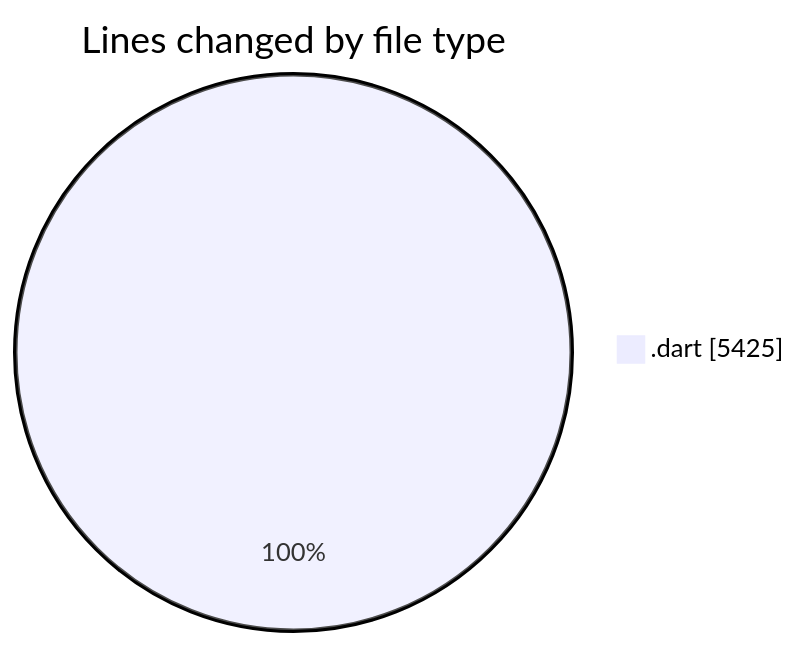
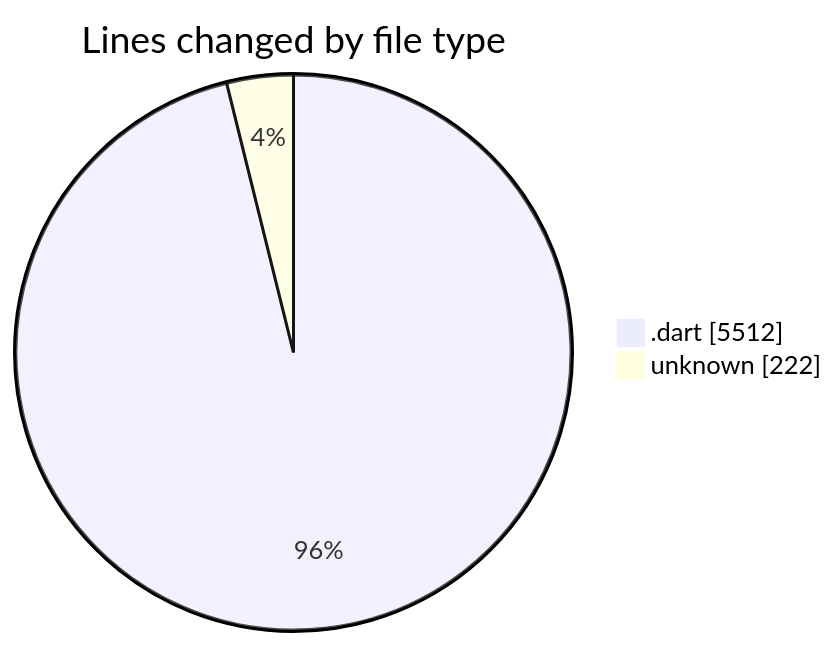
Before and after one commit to lephambinh05/code-tracking: the first of 2 diagrams in 2025-08-05/studybuddy/README.md, drawn with Mermaid. The commit also changed other lines of this file and 1 other file, not shown here.

````diff
--- a/2025-08-05/studybuddy/README.md
+++ b/2025-08-05/studybuddy/README.md
@@ -32,5 +34,6 @@
 ```mermaid
 pie showData
 title Lines changed by file type
-".dart" : 5425
+".dart" : 5512
+"unknown" : 222
 ```
````
